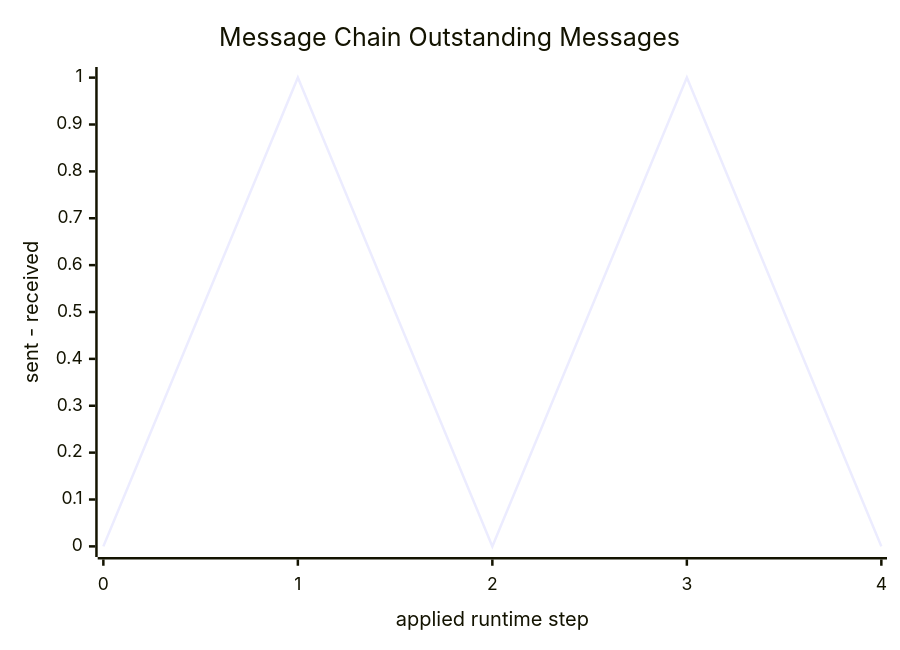
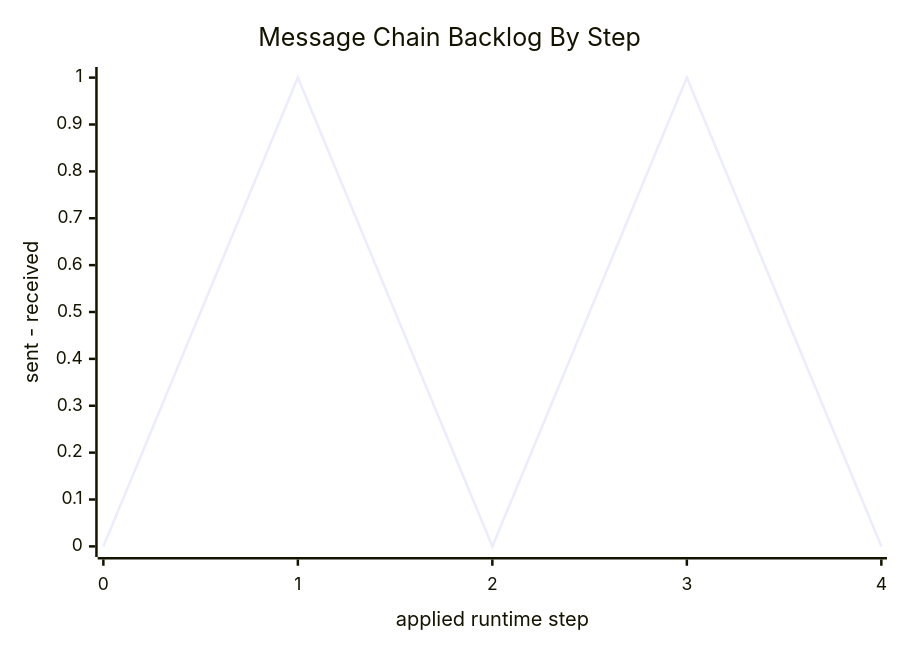
The sixth of 33 diagrams in docs/build/ir.generated.md (rfielding/go-ctl2), drawn with Mermaid before and after one commit. The commit also changed other lines of this file and 4 other files, not shown here.

````diff
--- a/docs/build/ir.generated.md
+++ b/docs/build/ir.generated.md
@@ -811,7 +813,7 @@
 ```mermaid
 xychart-beta
-    title "Message Chain Outstanding Messages"
+    title "Message Chain Backlog By Step"
     x-axis "applied runtime step" [0, 1, 2, 3, 4]
     y-axis "sent - received" 0 --> 1
     line [0, 1, 0, 1, 0]
 ```
````
